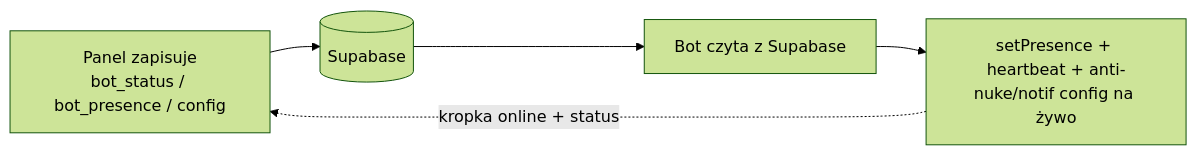
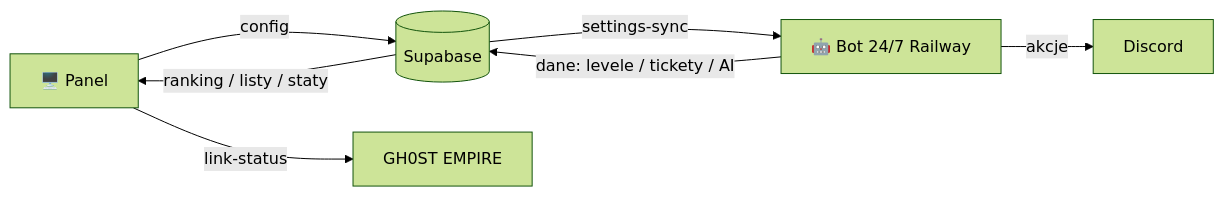
Before and after one commit to Gh0s777tt/E-Bot: the second of 2 diagrams in docs/ROADMAP.md, drawn with Mermaid (forest theme). The commit also changed other lines of this file and 1 other file, not shown here.

Commit message:
docs: ROADMAP + README na bieżąco (Fazy 0-4 ukończone, bot 24/7 live, Faza 5 = plan) [#038]

````diff
--- a/docs/ROADMAP.md
+++ b/docs/ROADMAP.md
@@ -60,7 +68,9 @@
 ```mermaid
 flowchart LR
-  A[Panel zapisuje<br/>bot_status / bot_presence / config] --> B[(Supabase)]
-  B --> C[Bot czyta z Supabase]
-  C --> D[setPresence + heartbeat + anti-nuke/notif config na żywo]
-  D -.->|kropka online + status| A
+  P[🖥️ Panel] -->|config| SB[(Supabase)]
+  SB -->|settings-sync| B[🤖 Bot 24/7 Railway]
+  B -->|dane: levele / tickety / AI| SB
+  SB -->|ranking / listy / staty| P
+  B -->|akcje| DC[Discord]
+  P -->|link-status| GH[GH0ST EMPIRE]
 ```
````
